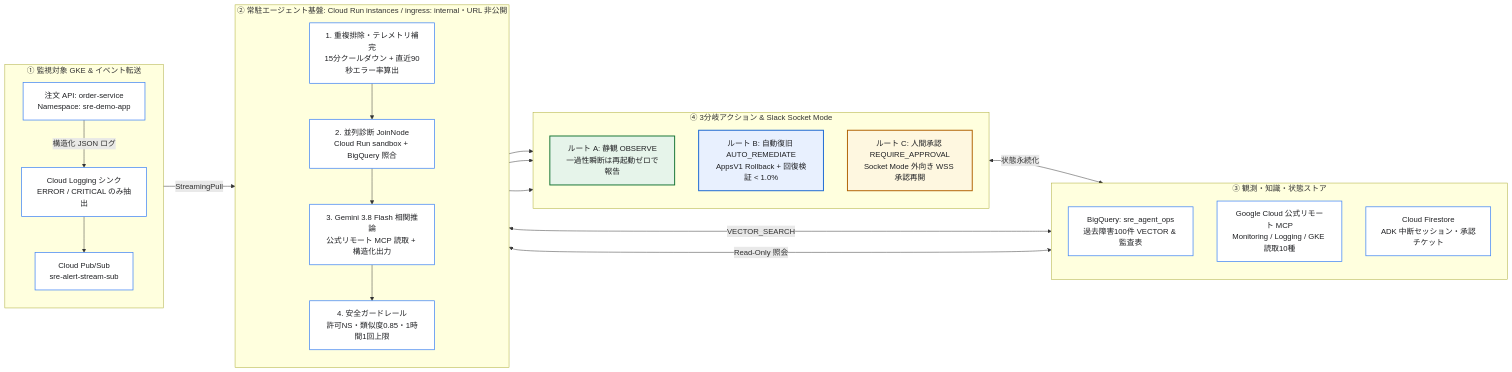
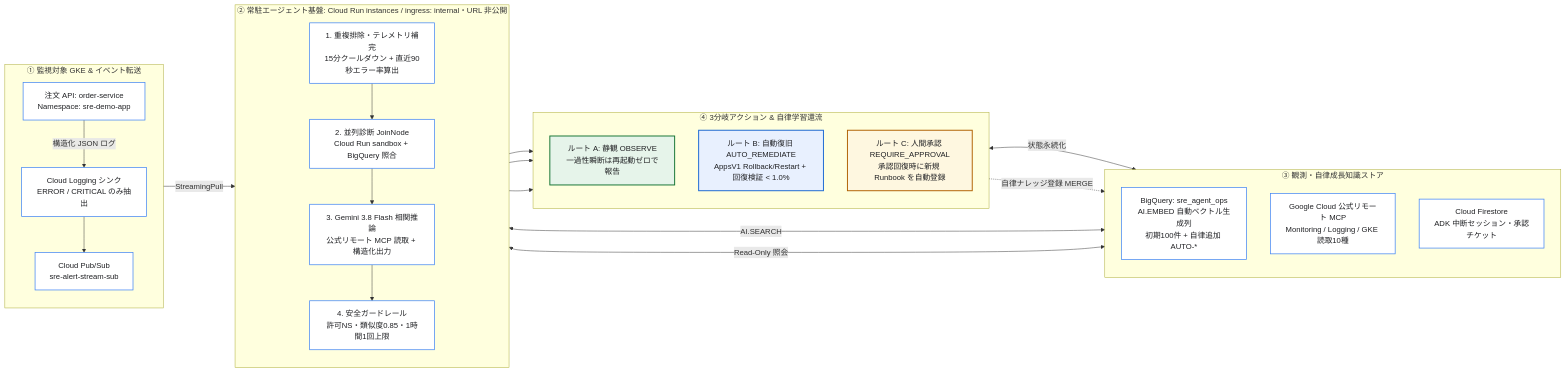
One commit to tyorikan/agentic-sre-handson changed the diagram in README.md. Above: the diagram before and after it, drawn with Mermaid. The commit also changed other lines of this file and 34 other files, not shown here.

Commit message:
feat: BigQuery AI.EMBED自律埋め込み知識ベース・解決ナレッジ自律昇格・訓練4を追加

````diff
--- a/README.md
+++ b/README.md
@@ -16,48 +16,49 @@
 ```mermaid
 flowchart LR
     subgraph S1["① 監視対象 GKE & イベント転送"]
         direction TB
         OrderApp["注文 API: order-service<br/>Namespace: sre-demo-app"]
         LogSink["Cloud Logging シンク<br/>ERROR / CRITICAL のみ抽出"]
         PubSub["Cloud Pub/Sub<br/>sre-alert-stream-sub"]
         OrderApp -->|"構造化 JSON ログ"| LogSink --> PubSub
     end
 
     subgraph S2["② 常駐エージェント基盤: Cloud Run instances / ingress: internal・URL 非公開"]
         direction TB
         Dedup["1. 重複排除・テレメトリ補完<br/>15分クールダウン + 直近90秒エラー率算出"]
         Diag["2. 並列診断 JoinNode<br/>Cloud Run sandbox + BigQuery 照合"]
         Decide["3. Gemini 3.8 Flash 相関推論<br/>公式リモート MCP 読取 + 構造化出力"]
         Guard["4. 安全ガードレール<br/>許可NS・類似度0.85・1時間1回上限"]
         Dedup --> Diag --> Decide --> Guard
     end
 
-    subgraph S3["③ 観測・知識・状態ストア"]
+    subgraph S3["③ 観測・自律成長知識ストア"]
         direction TB
-        BQ["BigQuery: sre_agent_ops<br/>過去障害100件 VECTOR & 監査表"]
+        BQ["BigQuery: sre_agent_ops<br/>AI.EMBED 自動ベクトル生成列<br/>初期100件 + 自律追加 AUTO-*"]
         MCP["Google Cloud 公式リモート MCP<br/>Monitoring / Logging / GKE 読取10種"]
         FS["Cloud Firestore<br/>ADK 中断セッション・承認チケット"]
     end
 
-    subgraph S4["④ 3分岐アクション & Slack Socket Mode"]
+    subgraph S4["④ 3分岐アクション & 自律学習還流"]
         direction TB
         R1["ルート A: 静観 OBSERVE<br/>一過性瞬断は再起動ゼロで報告"]
-        R2["ルート B: 自動復旧 AUTO_REMEDIATE<br/>AppsV1 Rollback + 回復検証 < 1.0%"]
-        R3["ルート C: 人間承認 REQUIRE_APPROVAL<br/>Socket Mode 外向き WSS 承認再開"]
+        R2["ルート B: 自動復旧 AUTO_REMEDIATE<br/>AppsV1 Rollback/Restart + 回復検証 < 1.0%"]
+        R3["ルート C: 人間承認 REQUIRE_APPROVAL<br/>承認回復時に新規 Runbook を自動登録"]
     end
 
     PubSub -->|"StreamingPull"| Dedup
-    Diag <-->|"VECTOR_SEARCH"| BQ
+    Diag <-->|"AI.SEARCH"| BQ
     Decide <-->|"Read-Only 照会"| MCP
     Guard --> R1 & R2 & R3
     R3 <-->|"状態永続化"| FS
+    R3 -.->|"自律ナレッジ登録 MERGE"| BQ
 
     classDef surface fill:#ffffff,stroke:#4285F4,stroke-width:1.5px,color:#202124;
     classDef routeA fill:#e6f4ea,stroke:#137333,stroke-width:2px,color:#202124;
     classDef routeB fill:#e8f0fe,stroke:#1967d2,stroke-width:2px,color:#202124;
     classDef routeC fill:#fef7e0,stroke:#b06000,stroke-width:2px,color:#202124;
     class OrderApp,LogSink,PubSub,Dedup,Diag,Decide,Guard,MCP,BQ,FS surface;
     class R1 routeA;
     class R2 routeB;
     class R3 routeC;
 ```
````
